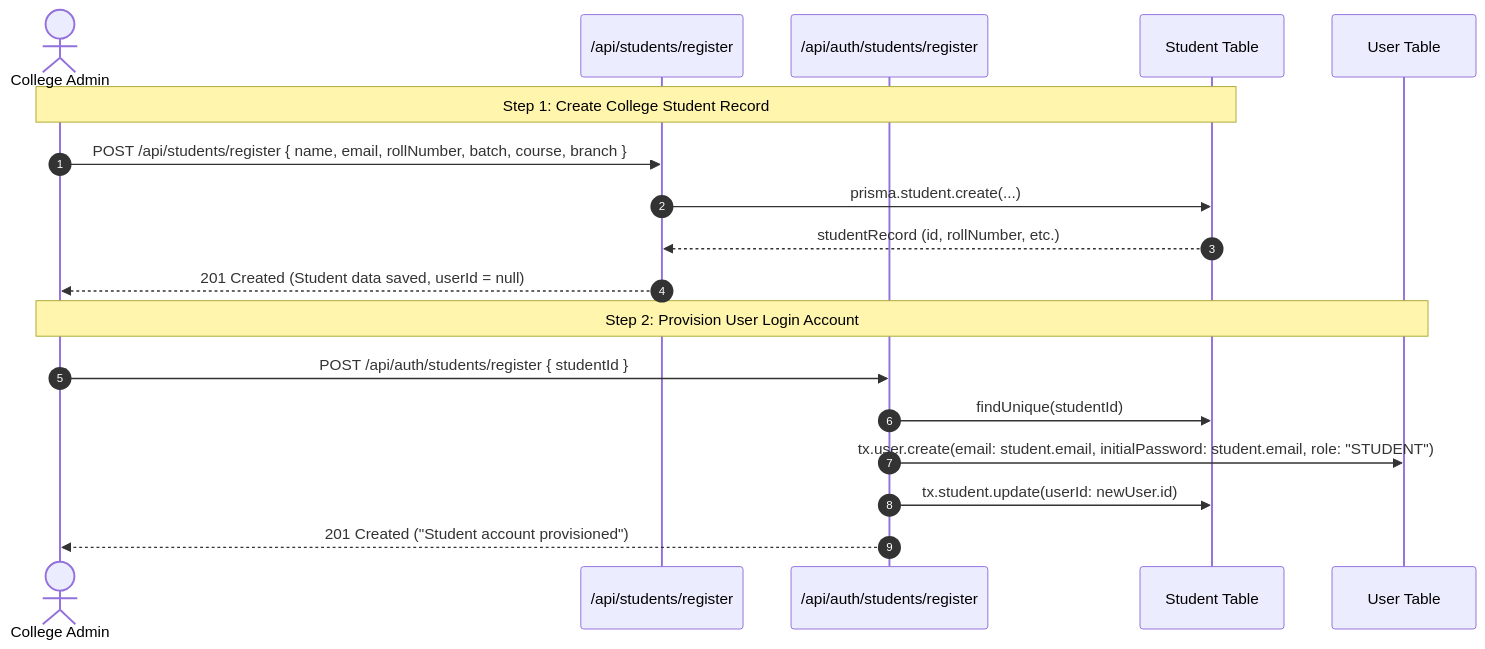
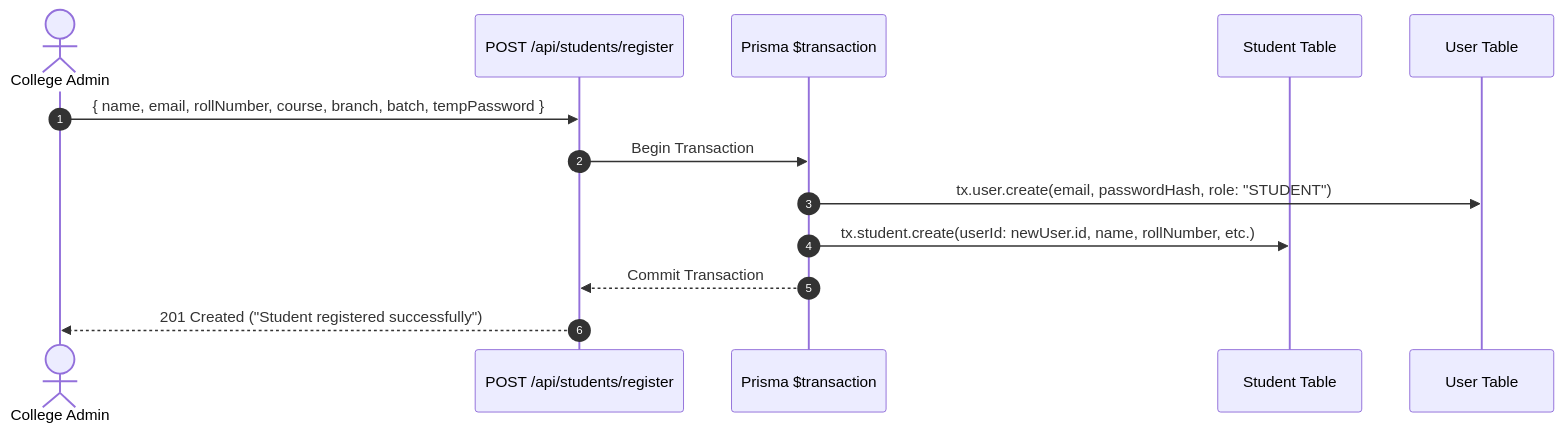
Before and after one commit to ARPITPRAJAPATI/Only_jobs: the fourth of 5 diagrams in backend/arch/backend_architecture_and_maps.md, drawn with Mermaid. The commit also changed other lines of this file and 2 other files, not shown here.

Commit message:
docs: add comprehensive backend architecture maps and implementation plans

````diff
--- a/backend/arch/backend_architecture_and_maps.md
+++ b/backend/arch/backend_architecture_and_maps.md
@@ -209,22 +275,16 @@
 ```mermaid
 sequenceDiagram
     autonumber
     actor Admin as College Admin
-    participant StudentRoute as /api/students/register
-    participant ProvisionRoute as /api/auth/students/register
+    participant StudentRoute as POST /api/students/register
+    participant DB as Prisma $transaction
     participant StudentDB as Student Table
     participant UserDB as User Table
 
-    Note over Admin, StudentDB: Step 1: Create College Student Record
-    Admin->>StudentRoute: POST /api/students/register { name, email, rollNumber, batch, course, branch }
-    StudentRoute->>StudentDB: prisma.student.create(...)
-    StudentDB-->>StudentRoute: studentRecord (id, rollNumber, etc.)
-    StudentRoute-->>Admin: 201 Created (Student data saved, userId = null)
-
-    Note over Admin, UserDB: Step 2: Provision User Login Account
-    Admin->>ProvisionRoute: POST /api/auth/students/register { studentId }
-    ProvisionRoute->>StudentDB: findUnique(studentId)
-    ProvisionRoute->>UserDB: tx.user.create(email: student.email, initialPassword: student.email, role: "STUDENT")
-    ProvisionRoute->>StudentDB: tx.student.update(userId: newUser.id)
-    ProvisionRoute-->>Admin: 201 Created ("Student account provisioned")
+    Admin->>StudentRoute: { name, email, rollNumber, course, branch, batch, tempPassword }
+    StudentRoute->>DB: Begin Transaction
+    DB->>UserDB: tx.user.create(email, passwordHash, role: "STUDENT")
+    DB->>StudentDB: tx.student.create(userId: newUser.id, name, rollNumber, etc.)
+    DB-->>StudentRoute: Commit Transaction
+    StudentRoute-->>Admin: 201 Created ("Student registered successfully")
 ```
````
